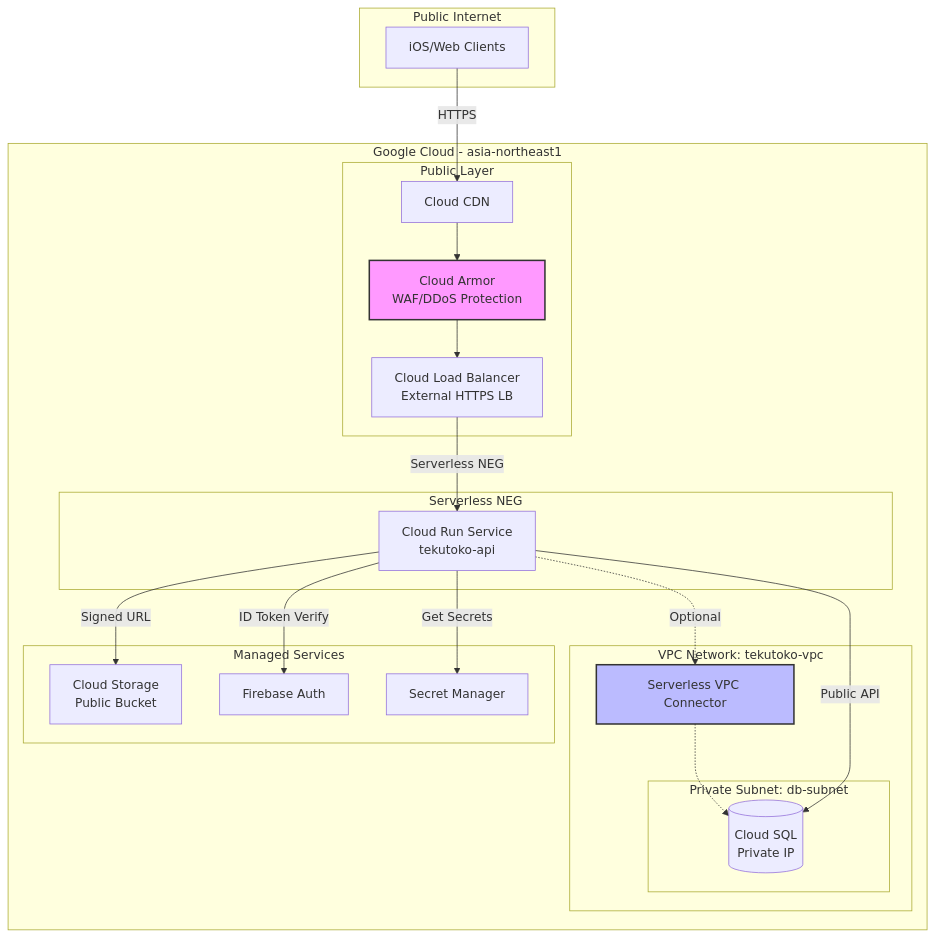
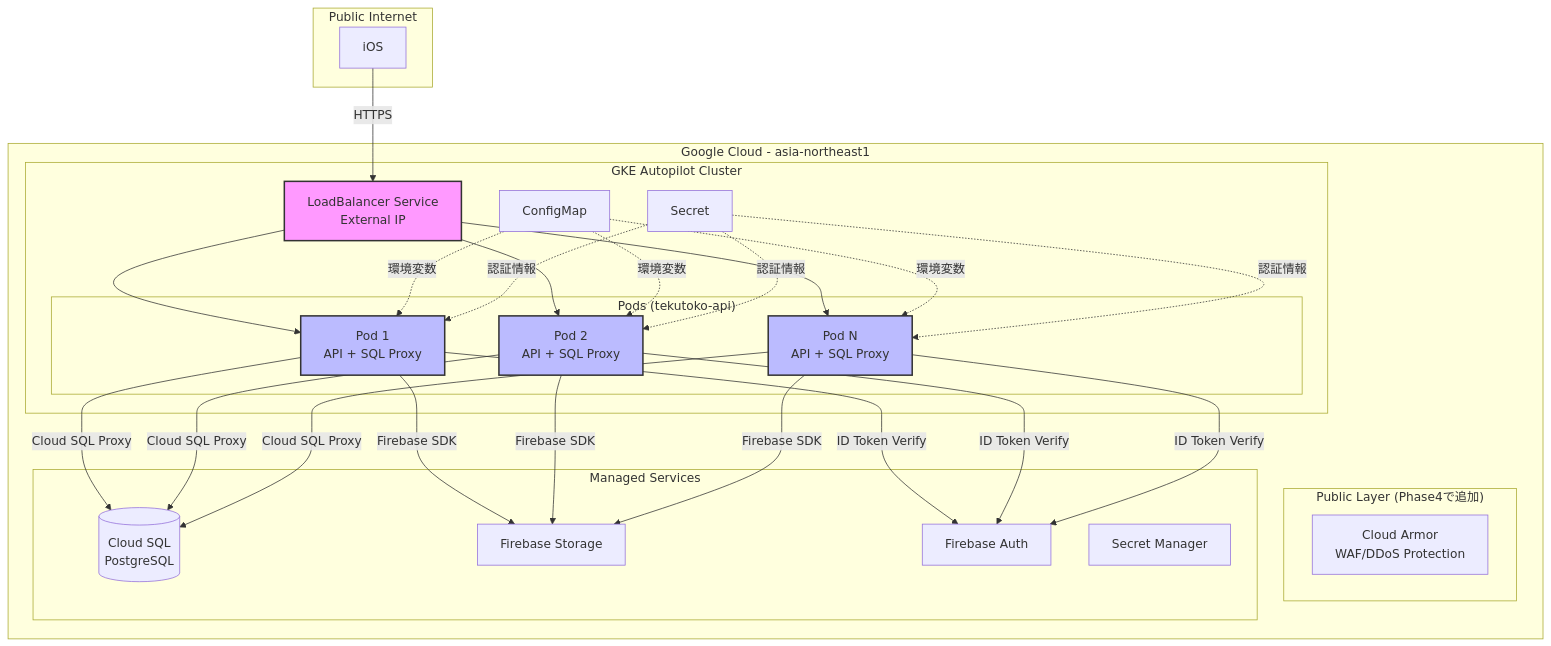
One commit to RRRRRRR-777/TokoToko changed the first of 2 diagrams in backend/docs/network-architecture.md. Above: the diagram before and after it, drawn with Mermaid. The commit also changed other lines of this file, not shown here.

First line of the commit message:
docs(architecture): Update network design from Cloud Run to GKE Autopilot

````diff
--- a/backend/docs/network-architecture.md
+++ b/backend/docs/network-architecture.md
@@ -10,48 +10,47 @@
 ```mermaid
 graph TB
     subgraph "Public Internet"
-        Client[iOS/Web Clients]
+        Client[iOS]
     end
 
     subgraph "Google Cloud - asia-northeast1"
-        subgraph "Public Layer"
-            CloudCDN[Cloud CDN]
+        subgraph "Public Layer (Phase4で追加)"
             CloudArmor[Cloud Armor<br/>WAF/DDoS Protection]
-            LB[Cloud Load Balancer<br/>External HTTPS LB]
         end
 
-        subgraph "Serverless NEG"
-            CloudRun[Cloud Run Service<br/>tekutoko-api]
-        end
+        subgraph "GKE Autopilot Cluster"
+            LB[LoadBalancer Service<br/>External IP]
 
-        subgraph "VPC Network: tekutoko-vpc"
-            VPCConnector[Serverless VPC Connector]
+            subgraph "Pods (tekutoko-api)"
+                Pod1[Pod 1<br/>API + SQL Proxy]
+                Pod2[Pod 2<br/>API + SQL Proxy]
+                PodN[Pod N<br/>API + SQL Proxy]
+            end
 
-            subgraph "Private Subnet: db-subnet"
-                CloudSQL[(Cloud SQL<br/>Private IP)]
-            end
+            ConfigMap[ConfigMap]
+            Secret[Secret]
         end
 
         subgraph "Managed Services"
-            CloudStorage[Cloud Storage<br/>Public Bucket]
+            CloudSQL[(Cloud SQL<br/>PostgreSQL)]
+            FirebaseStorage[Firebase Storage]
             FirebaseAuth[Firebase Auth]
             SecretManager[Secret Manager]
         end
     end
 
-    Client -->|HTTPS| CloudCDN
-    CloudCDN --> CloudArmor
-    CloudArmor --> LB
-    LB -->|Serverless NEG| CloudRun
+    Client -->|HTTPS| LB
+    LB --> Pod1 & Pod2 & PodN
 
-    CloudRun -.->|Optional| VPCConnector
-    VPCConnector -.-> CloudSQL
-    CloudRun -->|Public API| CloudSQL
+    Pod1 & Pod2 & PodN -->|Cloud SQL Proxy| CloudSQL
+    Pod1 & Pod2 & PodN -->|Firebase SDK| FirebaseStorage
+    Pod1 & Pod2 & PodN -->|ID Token Verify| FirebaseAuth
 
-    CloudRun -->|Signed URL| CloudStorage
-    CloudRun -->|ID Token Verify| FirebaseAuth
-    CloudRun -->|Get Secrets| SecretManager
+    ConfigMap -.->|環境変数| Pod1 & Pod2 & PodN
+    Secret -.->|認証情報| Pod1 & Pod2 & PodN
 
-    style CloudArmor fill:#f9f,stroke:#333,stroke-width:2px
-    style VPCConnector fill:#bbf,stroke:#333,stroke-width:2px
+    style LB fill:#f9f,stroke:#333,stroke-width:2px
+    style Pod1 fill:#bbf,stroke:#333,stroke-width:2px
+    style Pod2 fill:#bbf,stroke:#333,stroke-width:2px
+    style PodN fill:#bbf,stroke:#333,stroke-width:2px
 ```
````
